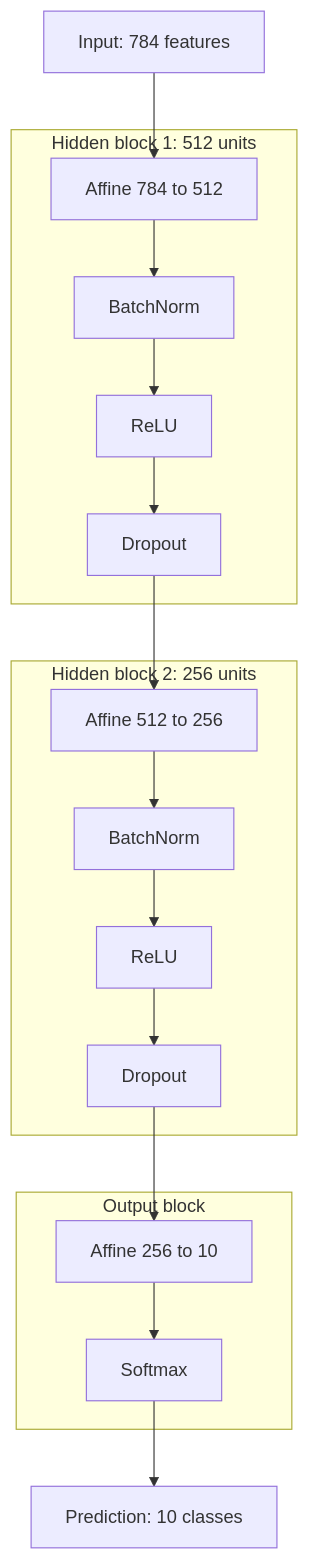
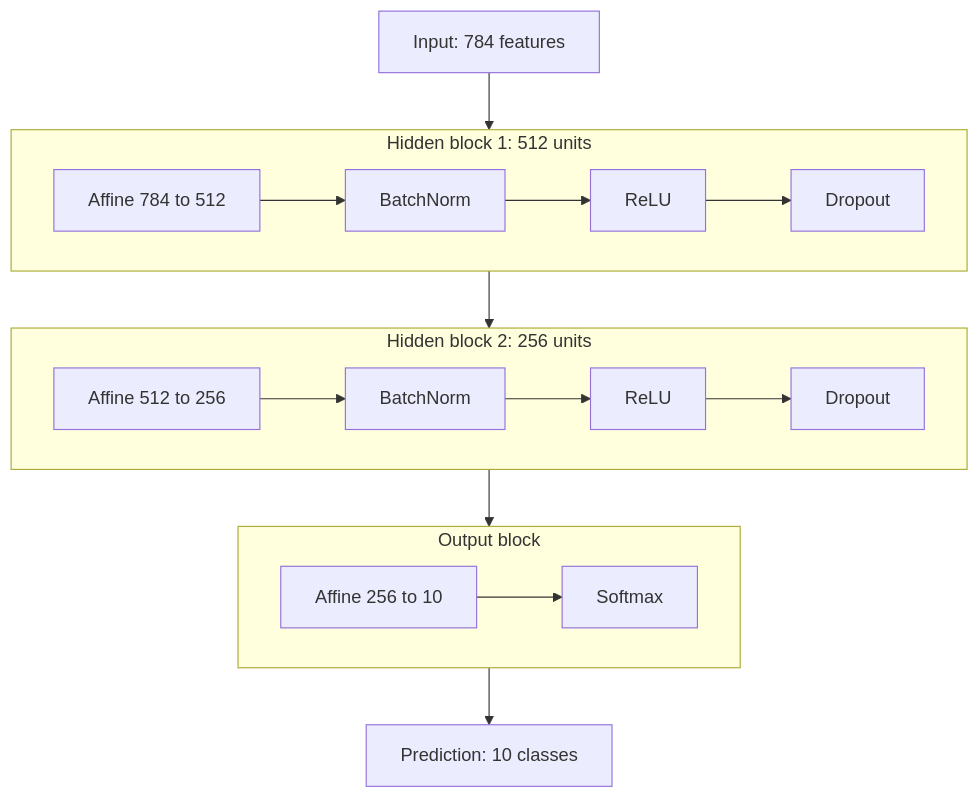
Before and after one commit to YangSiJun528/WEEK13_mnist-lab: the diagram in REPORT_STRATEGY_COMPARISON.md, drawn with Mermaid. The commit also changed 1 other file, not shown here.

````diff
--- a/REPORT_STRATEGY_COMPARISON.md
+++ b/REPORT_STRATEGY_COMPARISON.md
@@ -42,35 +42,38 @@
 ```mermaid
 flowchart TD
     I[Input: 784 features]
 
     subgraph H1[Hidden block 1: 512 units]
+        direction LR
         H1A[Affine 784 to 512]
         H1B[BatchNorm]
         H1C[ReLU]
         H1D[Dropout]
         H1A --> H1B
         H1B --> H1C
         H1C --> H1D
     end
 
     subgraph H2[Hidden block 2: 256 units]
+        direction LR
         H2A[Affine 512 to 256]
         H2B[BatchNorm]
         H2C[ReLU]
         H2D[Dropout]
         H2A --> H2B
         H2B --> H2C
         H2C --> H2D
     end
 
     subgraph O[Output block]
+        direction LR
         OA[Affine 256 to 10]
         OS[Softmax]
         OA --> OS
     end
 
     I --> H1A
     H1D --> H2A
     H2D --> OA
     OS --> P[Prediction: 10 classes]
 ```
````
